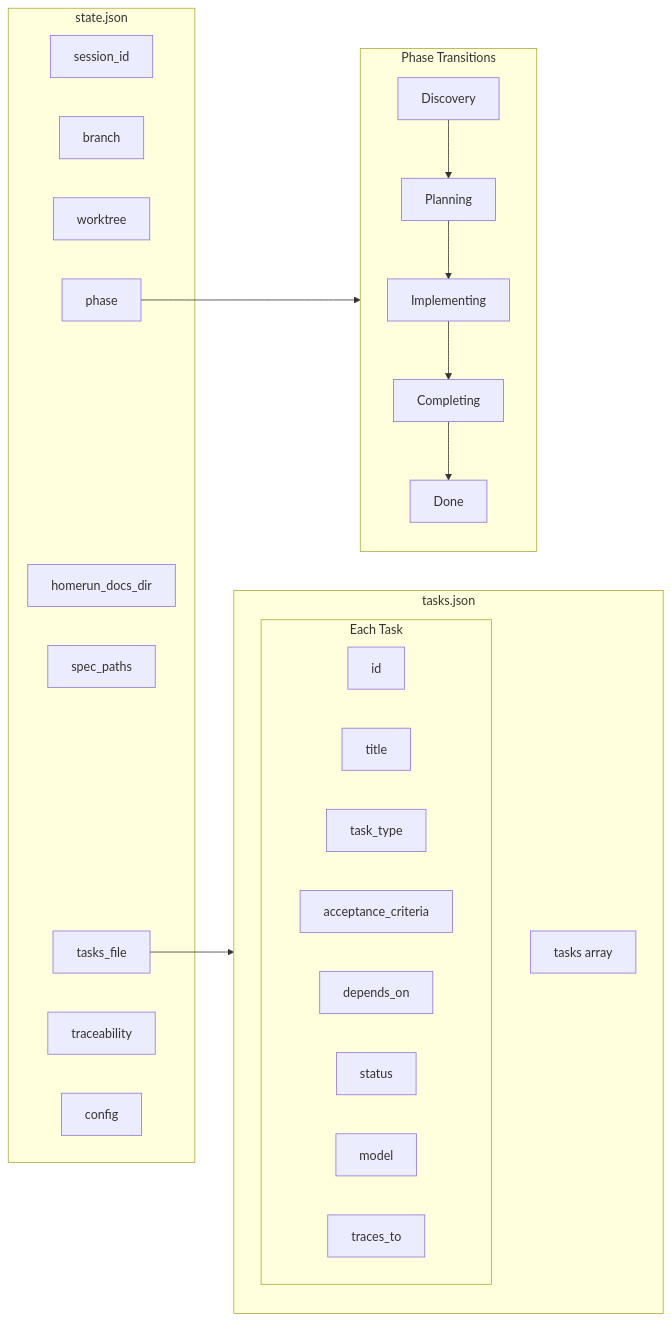
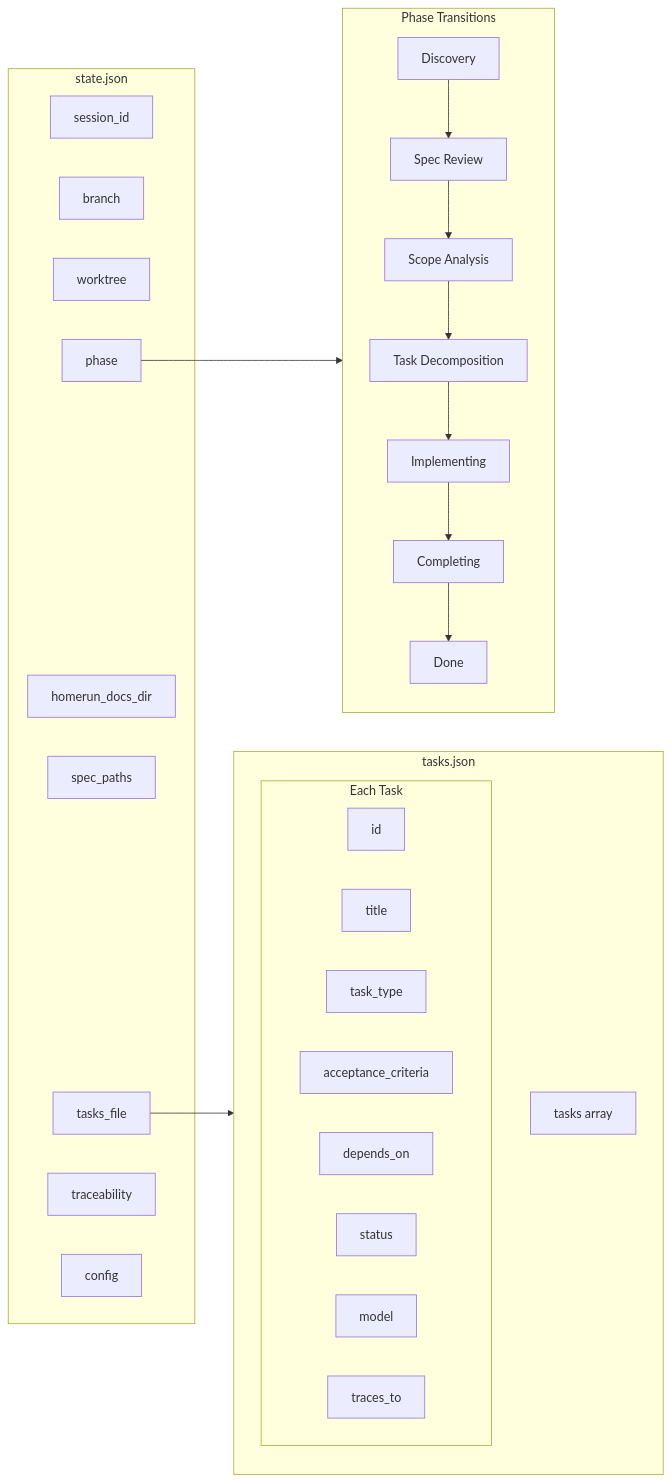
The fifth of 5 diagrams in diagrams/architecture.md (Zxela/claude-create), drawn with Mermaid before and after one commit. The commit also changed other lines of this file and 8 other files, not shown here.

````diff
--- a/diagrams/architecture.md
+++ b/diagrams/architecture.md
@@ -233,38 +240,40 @@
 ```mermaid
 graph LR
     subgraph StateJSON["state.json"]
         Session[session_id]
         Branch[branch]
         WT[worktree]
         Phase[phase]
         DocDir[homerun_docs_dir]
         SpecPaths[spec_paths]
         TasksFile[tasks_file]
         Trace[traceability]
         Config[config]
     end
 
     subgraph TasksJSON["tasks.json"]
         TaskList[tasks array]
         subgraph Task["Each Task"]
             TID[id]
             Title[title]
             Type[task_type]
             AC[acceptance_criteria]
             Deps[depends_on]
             Status[status]
             Model[model]
             TracesTo[traces_to]
         end
     end
 
     subgraph Phases["Phase Transitions"]
-        Discovery --> Planning
-        Planning --> Implementing
+        Discovery --> SpecReview[Spec Review]
+        SpecReview --> ScopeAn[Scope Analysis]
+        ScopeAn --> TaskDec[Task Decomposition]
+        TaskDec --> Implementing
         Implementing --> Completing
         Completing --> Done
     end
 
     Phase --> Phases
     TasksFile --> TasksJSON
 ```
````
